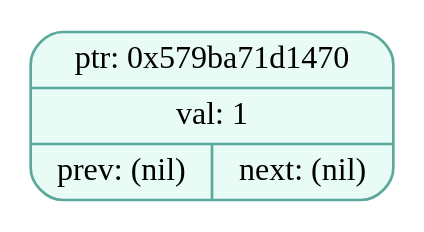
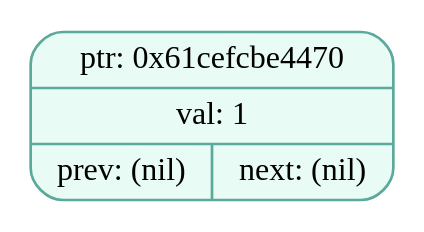
The diagram in dumps/tree_dump_004.dot (EvilTomato9890/Difference), drawn with Graphviz before and after one commit. The commit also changed 26 other files, not shown here.

```diff
--- a/dumps/tree_dump_004.dot
+++ b/dumps/tree_dump_004.dot
@@ -1,5 +1,5 @@
 digraph T{
   node [fontname="Fira Mono",shape=record,style="filled,rounded",fontsize=12];
   graph [splines=true, nodesep=0.6, ranksep=0.6];
-  node_0x579ba71d1470[shape=record,label="{ {ptr: 0x579ba71d1470} | {val: 1} | { prev: (nil) | next: (nil) } }",color="#5aa99b",fillcolor="#e9fbf5"];
+  node_0x61cefcbe4470[shape=record,label="{ {ptr: 0x61cefcbe4470} | {val: 1} | { prev: (nil) | next: (nil) } }",color="#5aa99b",fillcolor="#e9fbf5"];
 }
```
